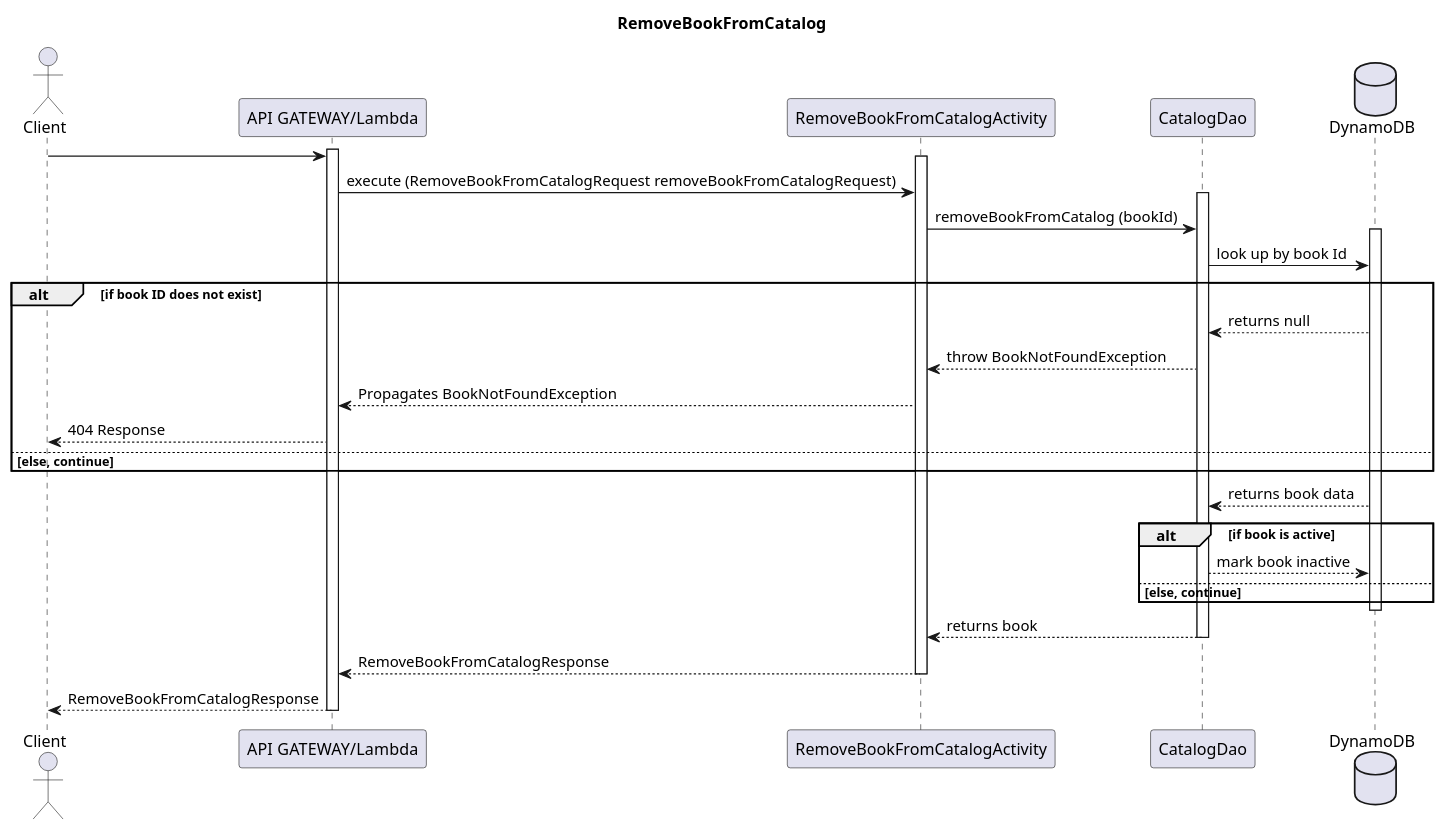
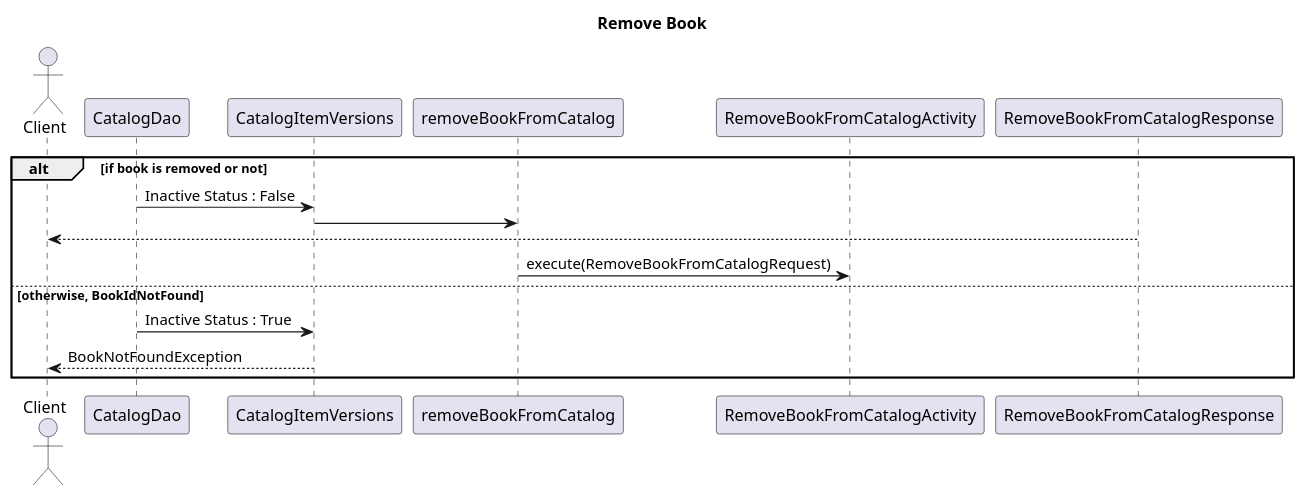
The diagram in src/resources/mastery-task1-remove-book-SD.puml (SarahSchoonmaker/bd-kindle-publishing-service-schoonmaker), drawn with PlantUML before and after one commit. The commit also changed other lines of this file and 27 other files, not shown here.

```diff
--- a/src/resources/mastery-task1-remove-book-SD.puml
+++ b/src/resources/mastery-task1-remove-book-SD.puml
@@ -2,43 +1,23 @@
 @startuml
-title RemoveBookFromCatalog
+title Remove Book
 
 actor Client
-participant "API GATEWAY/Lambda"
+participant CatalogDao
+participant CatalogItemVersions
+participant removeBookFromCatalog
 participant RemoveBookFromCatalogActivity
-participant CatalogDao
-database DynamoDB
+participant RemoveBookFromCatalogResponse
 
-activate "API GATEWAY/Lambda"
-Client -> "API GATEWAY/Lambda"
-activate RemoveBookFromCatalogActivity
-"API GATEWAY/Lambda" -> RemoveBookFromCatalogActivity: execute (RemoveBookFromCatalogRequest removeBookFromCatalogRequest)
-activate CatalogDao
-RemoveBookFromCatalogActivity -> CatalogDao: removeBookFromCatalog (bookId)
-activate DynamoDB
-CatalogDao -> DynamoDB: look up by book Id
-
-alt if book ID does not exist
-    CatalogDao <-- DynamoDB : returns null
-    RemoveBookFromCatalogActivity<-- CatalogDao : throw BookNotFoundException
-    "API GATEWAY/Lambda" <-- RemoveBookFromCatalogActivity: Propagates BookNotFoundException
-    Client <-- "API GATEWAY/Lambda" : 404 Response
-else else, continue
+alt if book is removed or not
+CatalogDao -> CatalogItemVersions : Inactive Status : False
+CatalogItemVersions -> removeBookFromCatalog
+Client <-- RemoveBookFromCatalogResponse
+removeBookFromCatalog -> RemoveBookFromCatalogActivity : execute(RemoveBookFromCatalogRequest)
+else otherwise, BookIdNotFound
+CatalogDao -> CatalogItemVersions : Inactive Status : True
+Client <-- CatalogItemVersions : BookNotFoundException
 end
-
-CatalogDao <-- DynamoDB: returns book data
-alt if book is active
-CatalogDao --> DynamoDB: mark book inactive
-else else, continue
-end
-
-deactivate DynamoDB
-RemoveBookFromCatalogActivity <-- CatalogDao: returns book
-deactivate CatalogDao
-"API GATEWAY/Lambda" <-- RemoveBookFromCatalogActivity: RemoveBookFromCatalogResponse
-deactivate RemoveBookFromCatalogActivity
-Client <-- "API GATEWAY/Lambda": RemoveBookFromCatalogResponse
-deactivate "API GATEWAY/Lambda"
 
 
 
 @enduml
```
